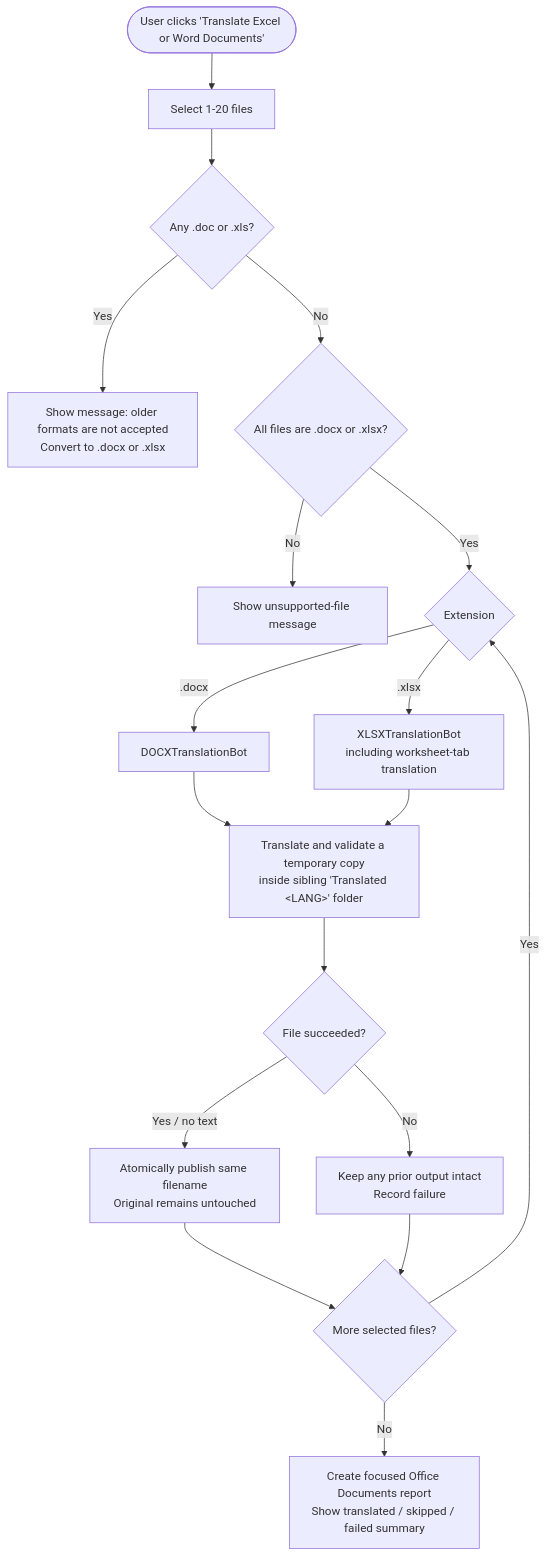
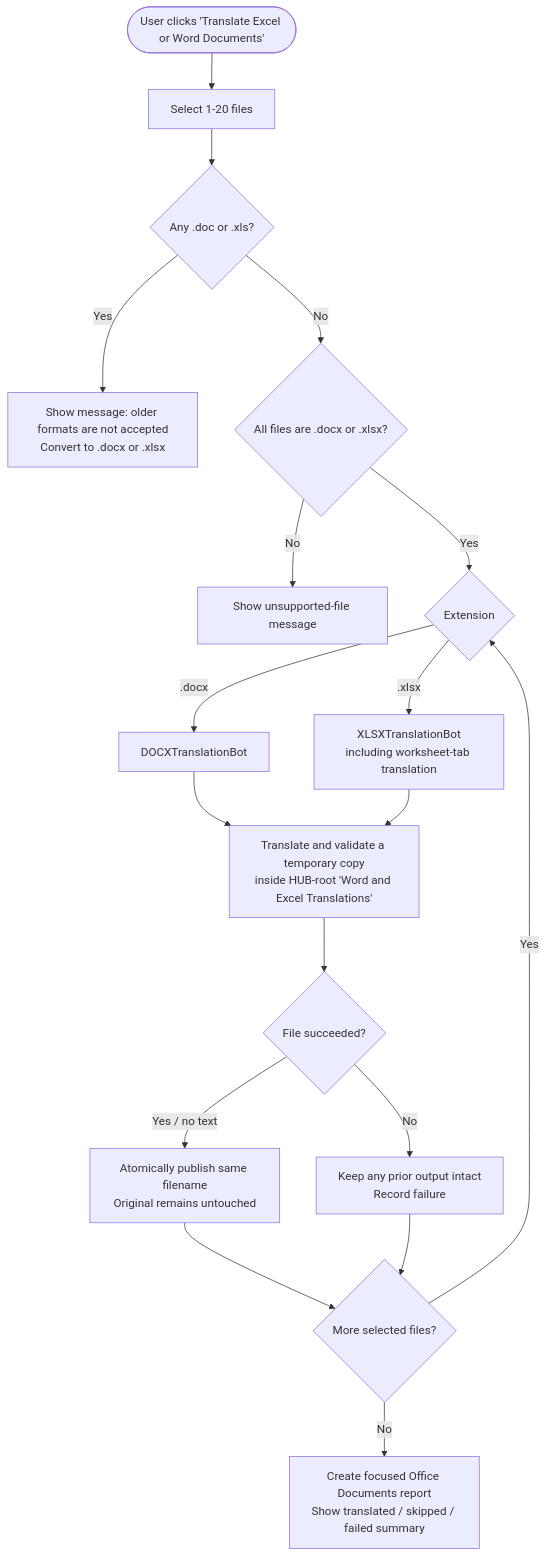
The second of 9 diagrams in TRANSLATION_HUB_FLOWS.md (vscarantav/WWOTranslationHUB), drawn with Mermaid before and after one commit. The commit also changed other lines of this file and 11 other files, not shown here.

````diff
--- a/TRANSLATION_HUB_FLOWS.md
+++ b/TRANSLATION_HUB_FLOWS.md
@@ -89,18 +89,18 @@
 ```mermaid
 flowchart TD
     START(["User clicks 'Translate Excel or Word Documents'"]) --> PICK["Select 1-20 files"]
     PICK --> LEGACY{"Any .doc or .xls?"}
     LEGACY -- "Yes" --> LEGACY_MSG["Show message: older formats are not accepted<br/>Convert to .docx or .xlsx"]
     LEGACY -- "No" --> CURRENT{"All files are .docx or .xlsx?"}
     CURRENT -- "No" --> TYPE_MSG["Show unsupported-file message"]
     CURRENT -- "Yes" --> ROUTE{"Extension"}
     ROUTE -- ".docx" --> DOCX["DOCXTranslationBot"]
     ROUTE -- ".xlsx" --> XLSX["XLSXTranslationBot<br/>including worksheet-tab translation"]
-    DOCX & XLSX --> TEMP["Translate and validate a temporary copy<br/>inside sibling 'Translated &lt;LANG&gt;' folder"]
+    DOCX & XLSX --> TEMP["Translate and validate a temporary copy<br/>inside HUB-root 'Word and Excel Translations'"]
     TEMP --> RESULT{"File succeeded?"}
     RESULT -- "Yes / no text" --> PUBLISH["Atomically publish same filename<br/>Original remains untouched"]
     RESULT -- "No" --> KEEP["Keep any prior output intact<br/>Record failure"]
     PUBLISH & KEEP --> MORE{"More selected files?"}
     MORE -- "Yes" --> ROUTE
     MORE -- "No" --> REPORT["Create focused Office Documents report<br/>Show translated / skipped / failed summary"]
 ```
````
